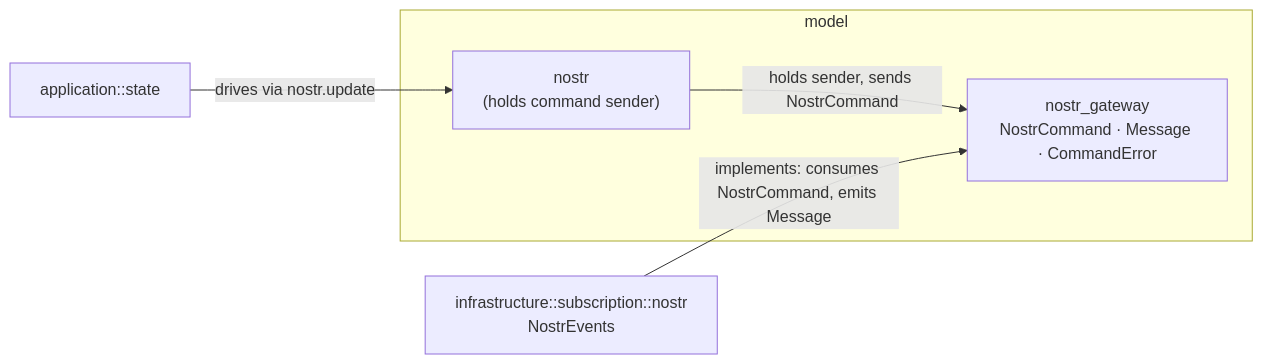
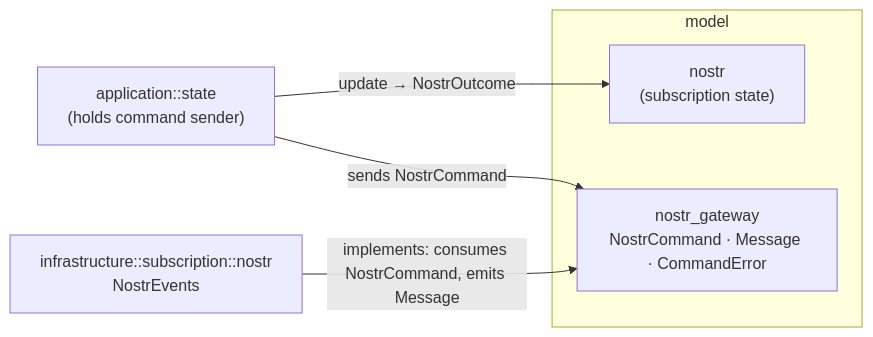
Before and after one commit to akiomik/nostui: the second of 3 diagrams in docs/architecture.md, drawn with Mermaid. The commit also changed other lines of this file and 2 other files, not shown here.

First line of the commit message:
refactor: make model::nostr side-effect free via NostrOutcome

````diff
--- a/docs/architecture.md
+++ b/docs/architecture.md
@@ -224,13 +216,13 @@
 ```mermaid
 flowchart LR
     subgraph model
       gw["nostr_gateway<br/>NostrCommand · Message · CommandError"]
-      mnostr["nostr<br/>(holds command sender)"]
+      mnostr["nostr<br/>(subscription state)"]
     end
-    app["application::state"]
+    app["application::state<br/>(holds command sender)"]
     infra["infrastructure::subscription::nostr<br/>NostrEvents"]
 
-    app -->|drives via nostr.update| mnostr
-    mnostr -->|holds sender, sends NostrCommand| gw
+    app -->|update → NostrOutcome| mnostr
+    app -->|sends NostrCommand| gw
     infra -->|implements: consumes NostrCommand, emits Message| gw
 ```
````
